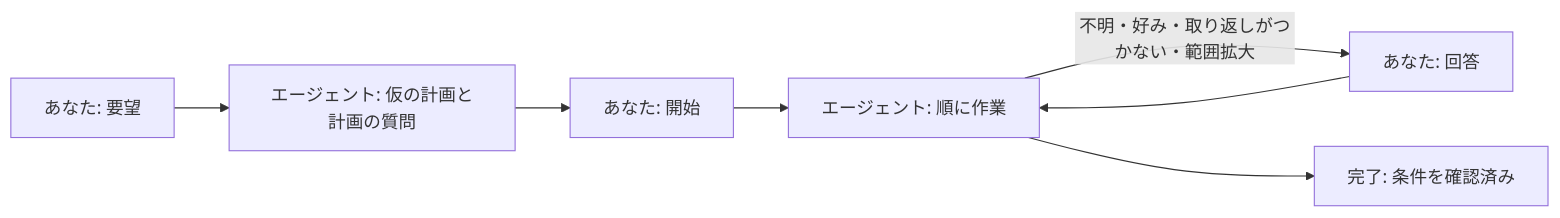
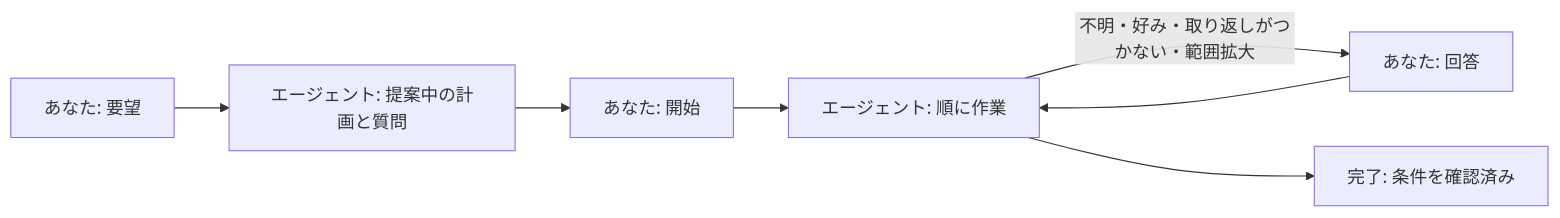
Before and after one commit to FooQoo/agent-board: the diagram in docs/ja/guide/index.md, drawn with Mermaid. The commit also changed other lines of this file and 60 other files, not shown here.

````diff
--- a/docs/ja/guide/index.md
+++ b/docs/ja/guide/index.md
@@ -45,9 +45,9 @@
 ```mermaid
 flowchart LR
-    R["あなた: 要望"] --> P["エージェント: 仮の計画と計画の質問"]
+    R["あなた: 要望"] --> P["エージェント: 提案中の計画と質問"]
     P --> A["あなた: 開始"]
     A --> W["エージェント: 順に作業"]
     W -- "不明・好み・取り返しがつかない・範囲拡大" --> Q["あなた: 回答"]
     Q --> W
     W --> D["完了: 条件を確認済み"]
 ```
````
